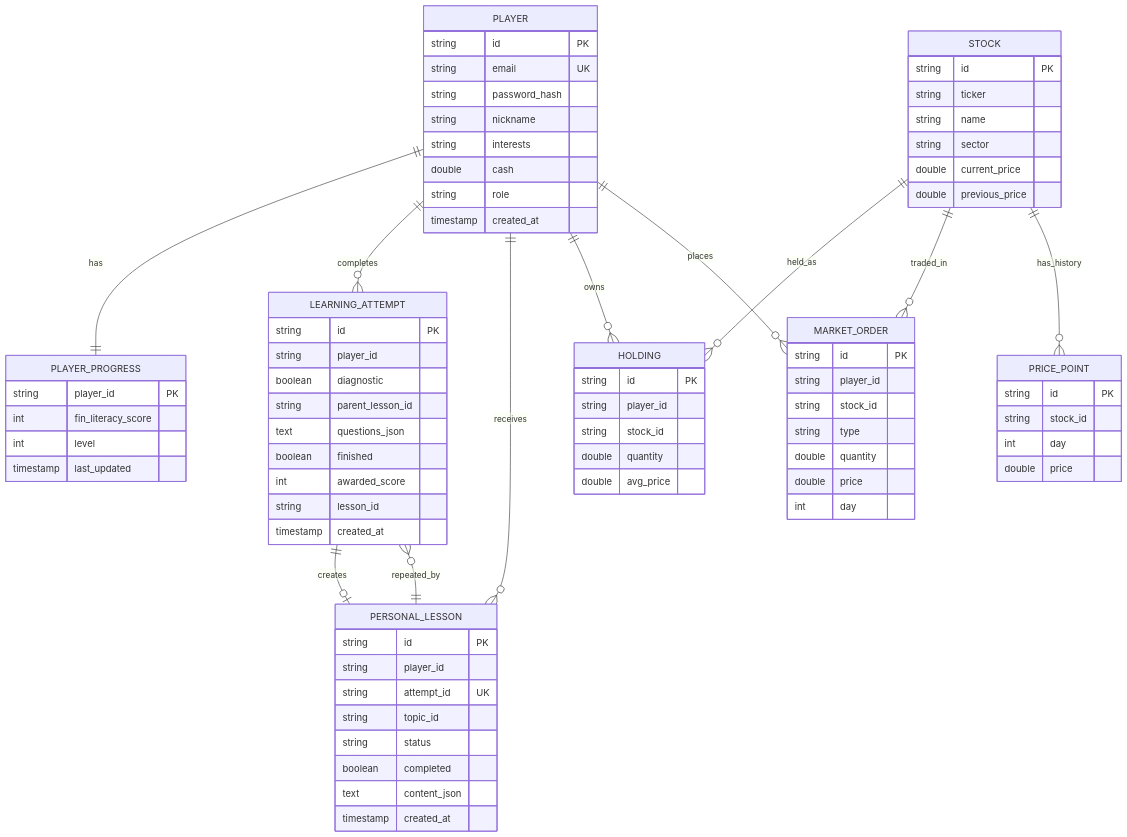
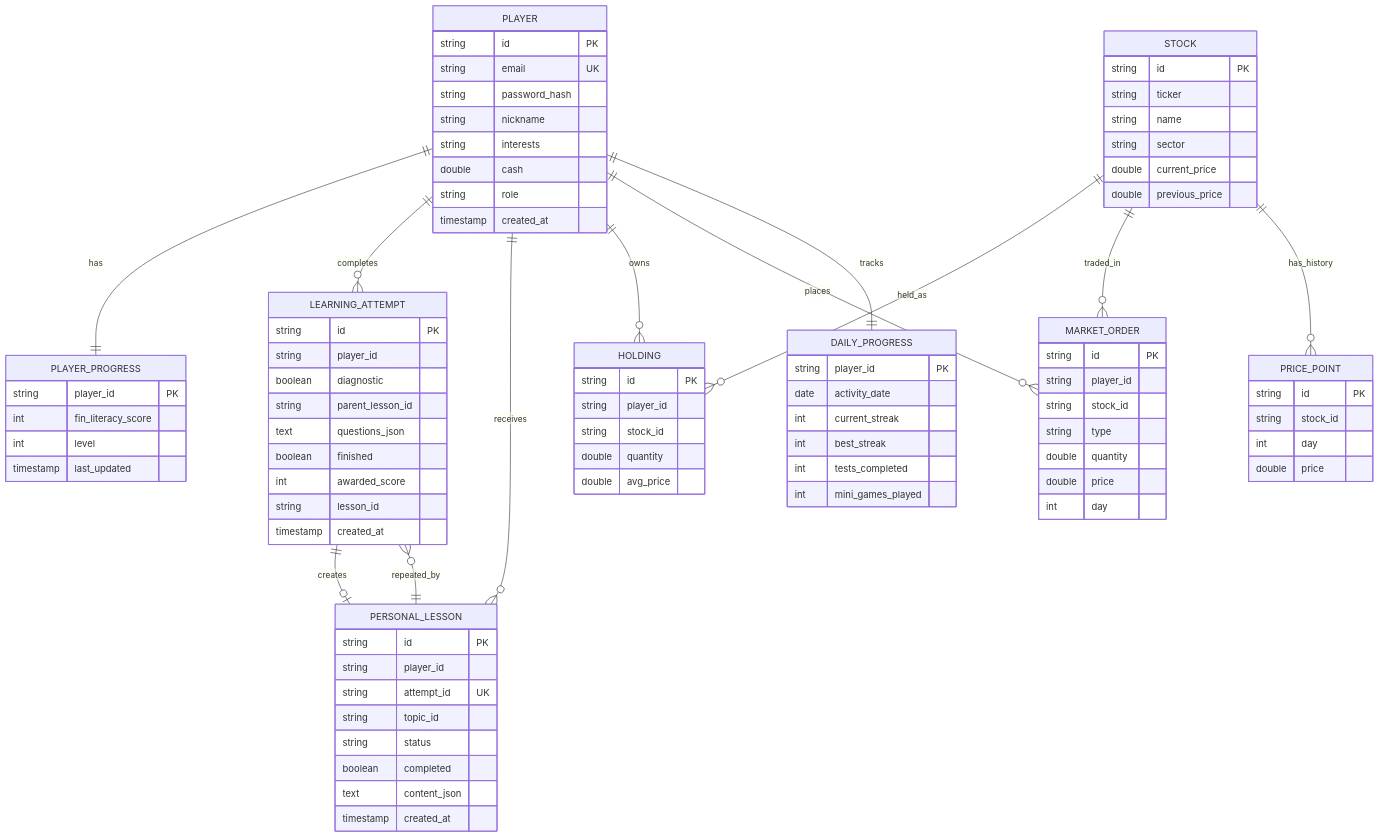
The first of 2 diagrams in docs/diagrams/DATA_MODEL.md (Ushan4ik/Alfa-IVR-Financial-Game), drawn with Mermaid before and after one commit. The commit also changed other lines of this file and 27 other files, not shown here.

Commit message:
Add daily streak and quests

```diff
--- a/docs/diagrams/DATA_MODEL.md
+++ b/docs/diagrams/DATA_MODEL.md
@@ -13,6 +13,7 @@
     PERSONAL_LESSON ||--o{ LEARNING_ATTEMPT : repeated_by
     PLAYER ||--o{ HOLDING : owns
     PLAYER ||--o{ MARKET_ORDER : places
+    PLAYER ||--|| DAILY_PROGRESS : tracks
     STOCK ||--o{ HOLDING : held_as
     STOCK ||--o{ MARKET_ORDER : traded_in
     STOCK ||--o{ PRICE_POINT : has_history
@@ -32,6 +33,14 @@
         int fin_literacy_score
         int level
         timestamp last_updated
+    }
+    DAILY_PROGRESS {
+        string player_id PK
+        date activity_date
+        int current_streak
+        int best_streak
+        int tests_completed
+        int mini_games_played
     }
     LEARNING_ATTEMPT {
         string id PK
```
